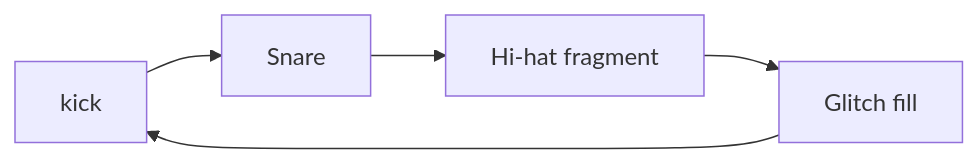
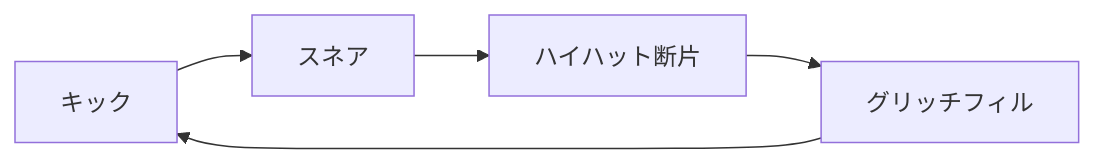
One commit to monumental-movement/monumental-movement.github.io changed the first of 4 diagrams in en/_posts/2025-12-18-column-glitch-hop.md. Above: the diagram before and after it, drawn with Mermaid. The commit also changed other lines of this file and 775 other files, not shown here.

```diff
--- a/en/_posts/2025-12-18-column-glitch-hop.md
+++ b/en/_posts/2025-12-18-column-glitch-hop.md
@@ -89,7 +89,7 @@
 <div class="mermaid">
 flowchart LR
-    A["kick"] --> B["Snare"]
-    B --> C["Hi-hat fragment"]
-    C --> D["Glitch fill"]
+    A["キック"] --> B["スネア"]
+    B --> C["ハイハット断片"]
+    C --> D["グリッチフィル"]
     D --> A
 </div>
```
